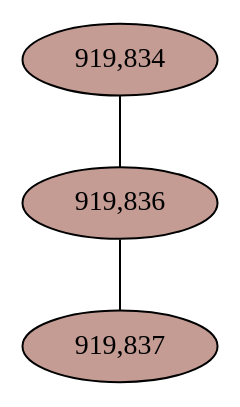
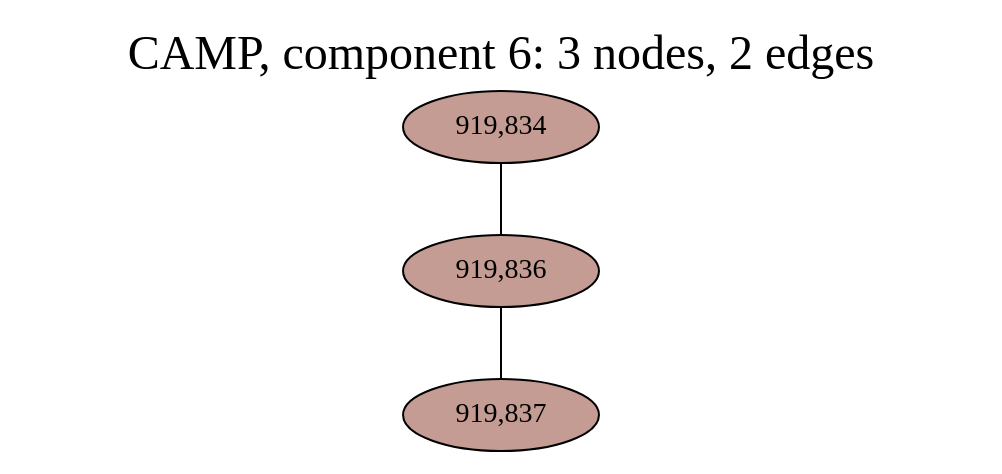
The diagram in notebooks/graphs/CAMP_cc6.gv (fedarko/sheepgut), drawn with Graphviz before and after one commit. The commit also changed 60 other files, not shown here.

```diff
--- a/notebooks/graphs/CAMP_cc6.gv
+++ b/notebooks/graphs/CAMP_cc6.gv
@@ -1,9 +1,12 @@
 graph CAMP_cc6 {
 	overlap="prism50";
 	outputorder="edgesfirst";
+	label="CAMP, component 6: 3 nodes, 2 edges";
+	labelloc="t";
+	fontsize=24;
 	"919,834" [style="filled", fillcolor="#c49c94", fontcolor="#000000"];
 	"919,836" [style="filled", fillcolor="#c49c94", fontcolor="#000000"];
 	"919,837" [style="filled", fillcolor="#c49c94", fontcolor="#000000"];
 	"919,834" -- "919,836";
 	"919,836" -- "919,837";
 }
```
